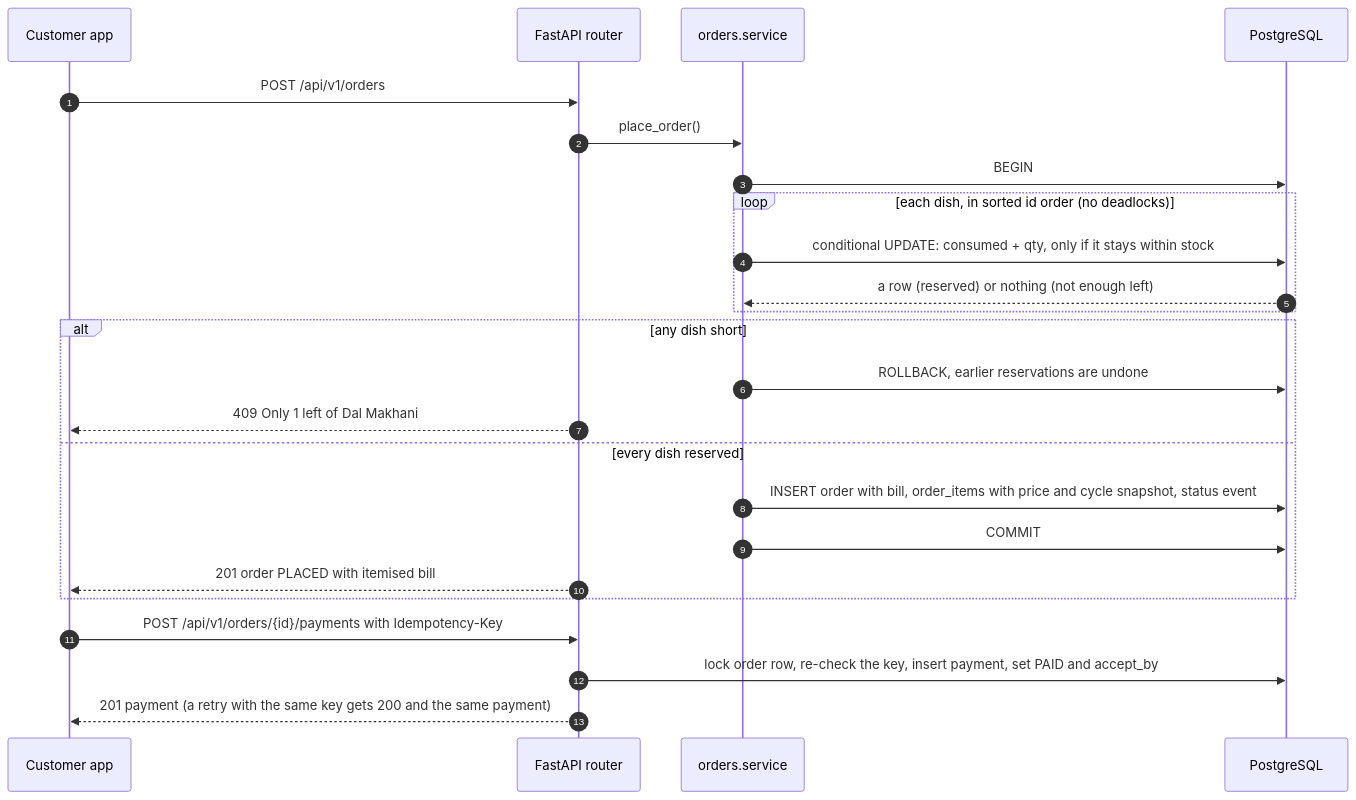
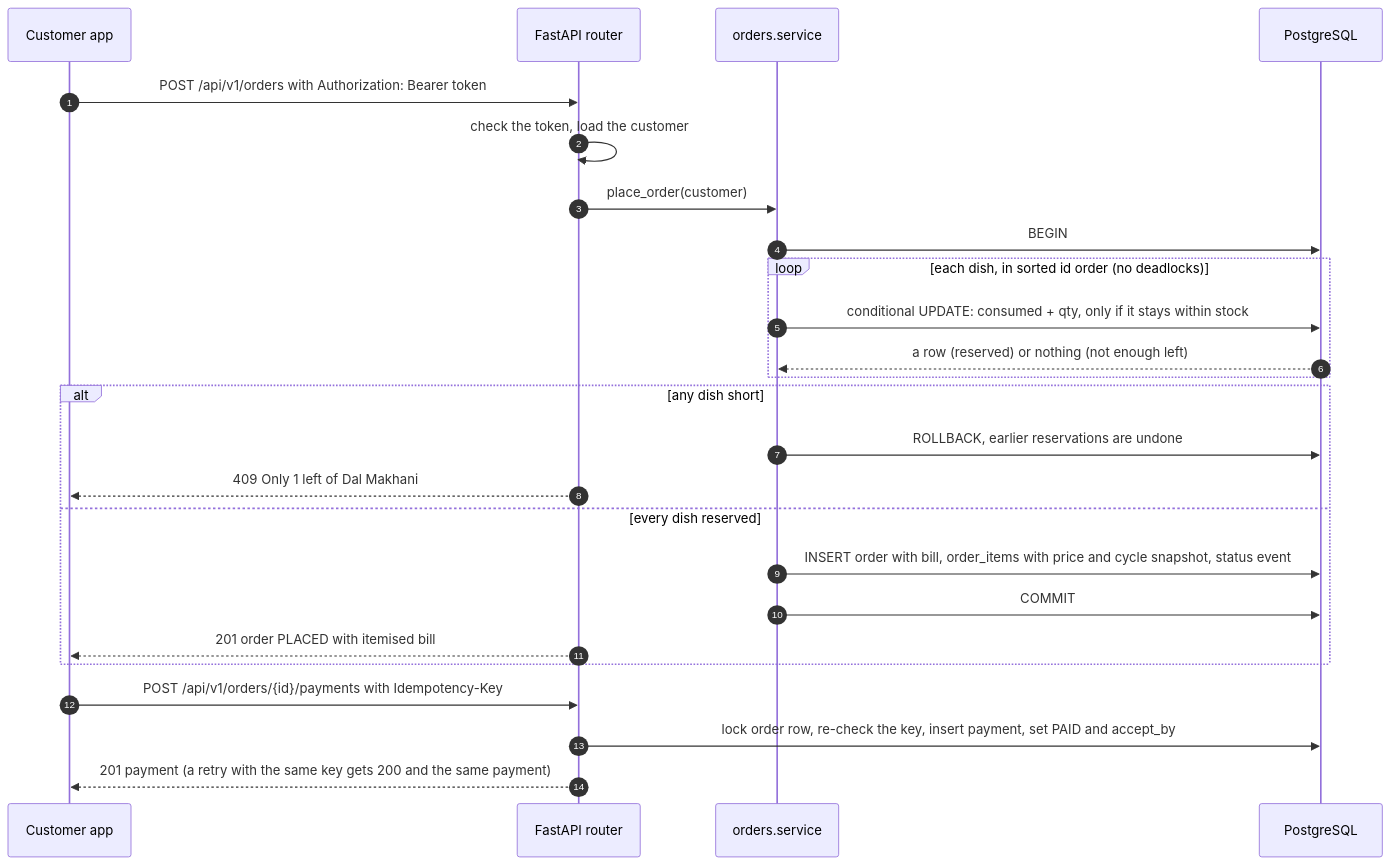
The fourth of 9 diagrams in README.md (revant123/QuickServe), drawn with Mermaid before and after one commit. The commit also changed other lines of this file and 38 other files, not shown here.

````diff
--- a/README.md
+++ b/README.md
@@ -338,28 +360,29 @@
 ```mermaid
 sequenceDiagram
     autonumber
     participant C as Customer app
     participant API as FastAPI router
     participant OS as orders.service
     participant DB as PostgreSQL
 
-    C->>API: POST /api/v1/orders
-    API->>OS: place_order()
+    C->>API: POST /api/v1/orders with Authorization: Bearer token
+    API->>API: check the token, load the customer
+    API->>OS: place_order(customer)
     OS->>DB: BEGIN
     loop each dish, in sorted id order (no deadlocks)
         OS->>DB: conditional UPDATE: consumed + qty, only if it stays within stock
         DB-->>OS: a row (reserved) or nothing (not enough left)
     end
     alt any dish short
         OS->>DB: ROLLBACK, earlier reservations are undone
         API-->>C: 409 Only 1 left of Dal Makhani
     else every dish reserved
         OS->>DB: INSERT order with bill, order_items with price and cycle snapshot, status event
         OS->>DB: COMMIT
         API-->>C: 201 order PLACED with itemised bill
     end
 
     C->>API: POST /api/v1/orders/{id}/payments with Idempotency-Key
     API->>DB: lock order row, re-check the key, insert payment, set PAID and accept_by
     API-->>C: 201 payment (a retry with the same key gets 200 and the same payment)
 ```
````
